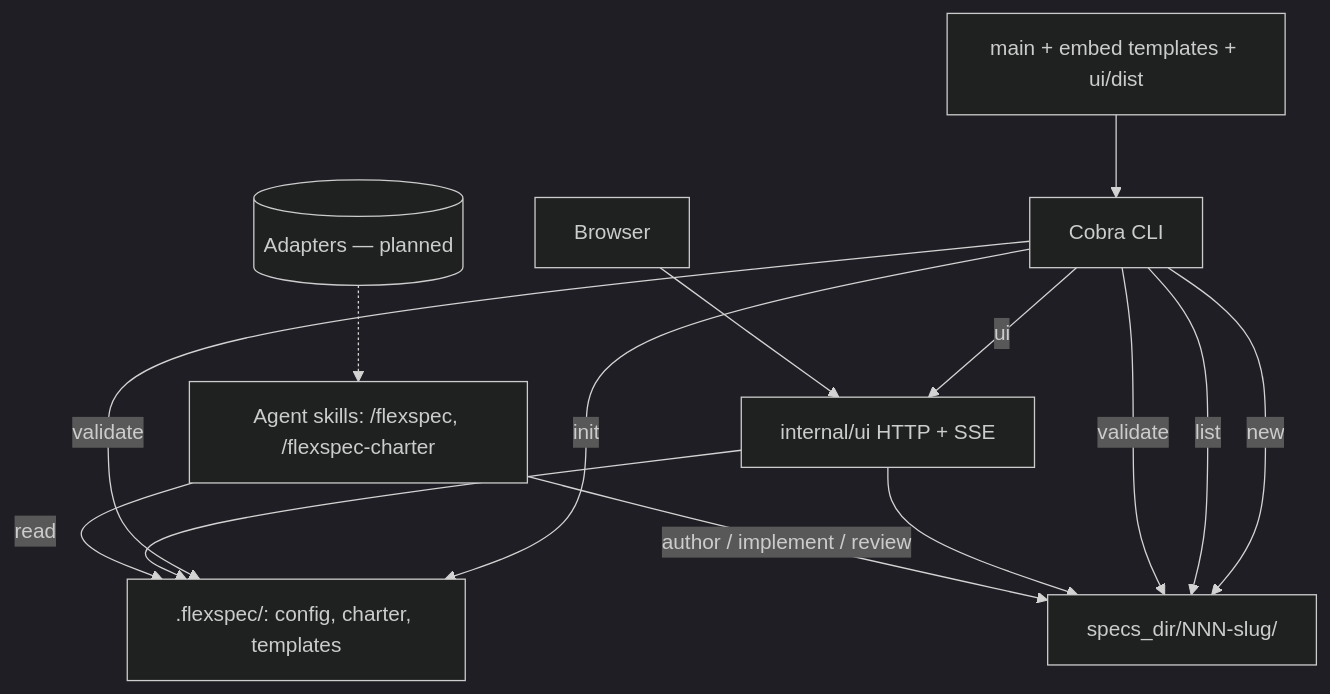
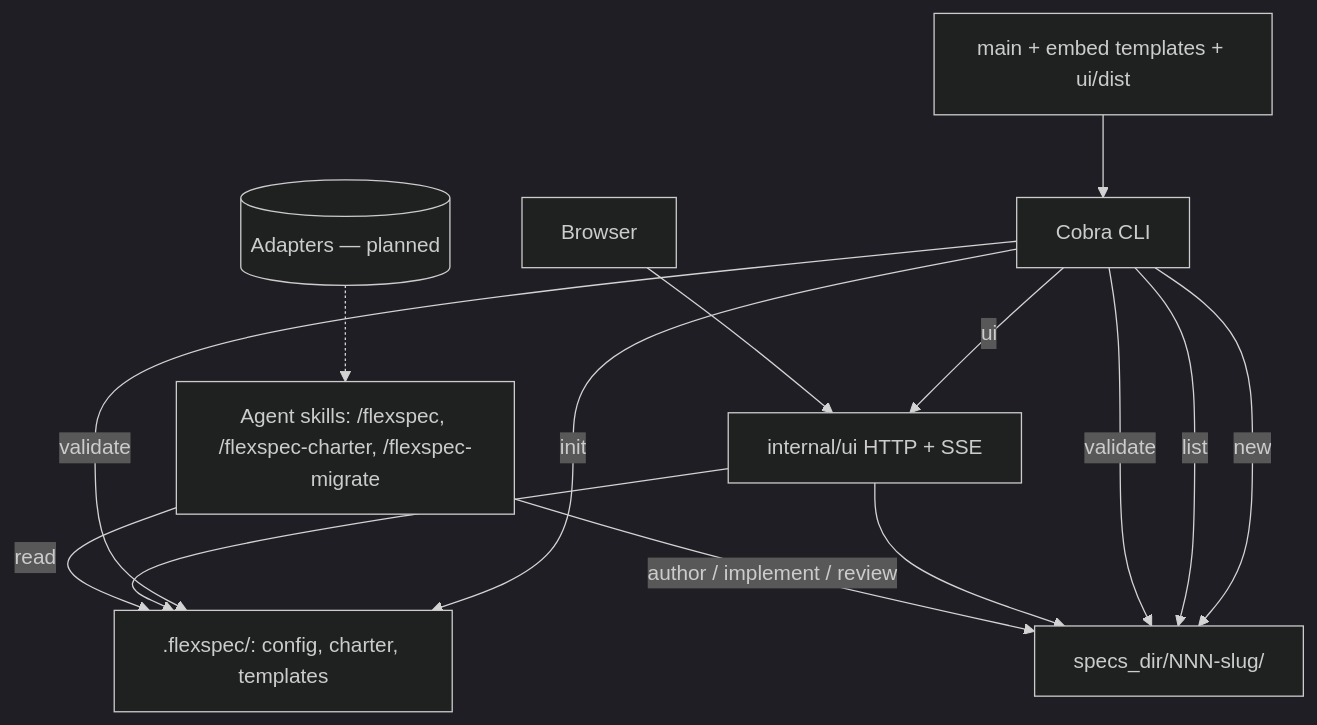
The diagram in .flexspec/charter.md (joshk418/flexspec), drawn with Mermaid (dark theme) before and after one commit. The commit also changed other lines of this file and 9 other files, not shown here.

Commit message:
feat: Created flexspec-migrate to move to flexspec from other tools (#20)

````diff
--- a/.flexspec/charter.md
+++ b/.flexspec/charter.md
@@ -84,16 +84,16 @@
 ```mermaid
 flowchart TD
     main[main + embed templates + ui/dist] --> cli[Cobra CLI]
     cli -->|init| fs[.flexspec/: config, charter, templates]
     cli -->|new| specs[specs_dir/NNN-slug/]
     cli -->|list| specs
     cli -->|validate| fs
     cli -->|validate| specs
     cli -->|ui| uiSrv[internal/ui HTTP + SSE]
     uiSrv --> specs
     uiSrv --> fs
     browser[Browser] --> uiSrv
-    skills[Agent skills: /flexspec, /flexspec-charter] -->|read| fs
+    skills[Agent skills: /flexspec, /flexspec-charter, /flexspec-migrate] -->|read| fs
     skills -->|author / implement / review| specs
     adapters[(Adapters — planned)] -.-> skills
 ```
````
